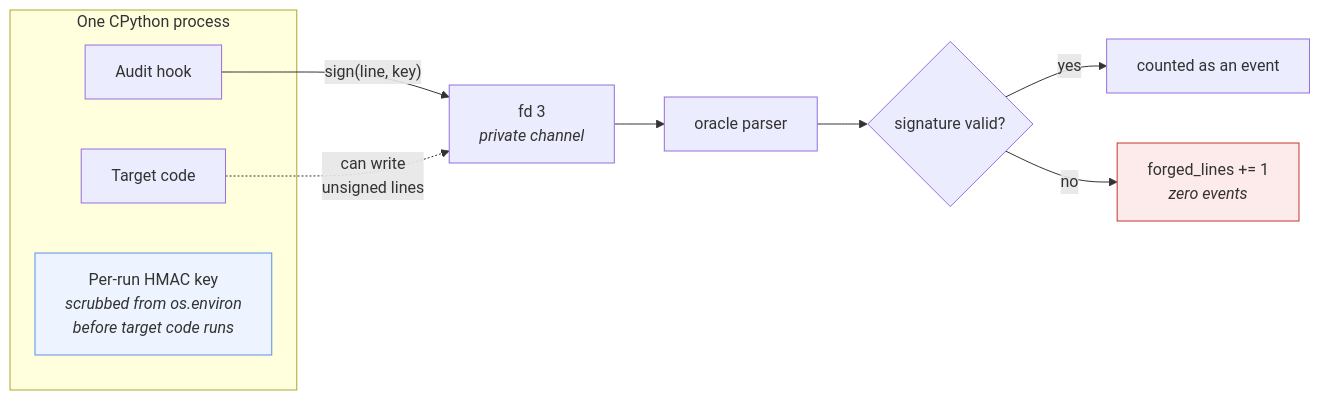
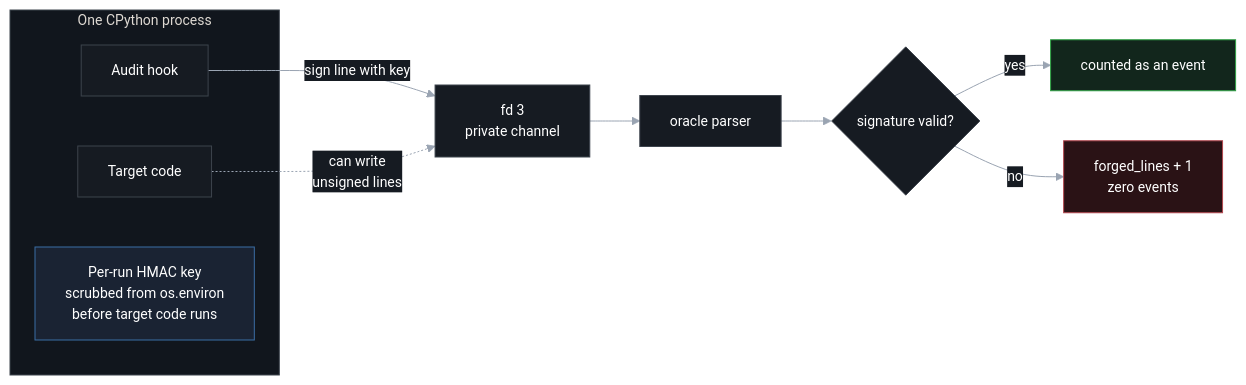
Before and after one commit to 0xsharz/pyhunt: diagram 13 of 16 in docs/ARCHITECTURE.md, drawn with Mermaid. The commit also changed other lines of this file and 1 other file, not shown here.

````diff
--- a/docs/ARCHITECTURE.md
+++ b/docs/ARCHITECTURE.md
@@ -393,18 +446,25 @@
 ```mermaid
+%%{init: {"theme":"base","themeVariables":{"background":"#0d1117","primaryColor":"#161b22","primaryTextColor":"#ffffff","primaryBorderColor":"#3d444d","lineColor":"#9aa4b2","secondaryColor":"#1c2128","tertiaryColor":"#21262d","mainBkg":"#161b22","textColor":"#ffffff","nodeTextColor":"#ffffff","edgeLabelBackground":"#161b22","clusterBkg":"#11161d","clusterBorder":"#3d444d","fontSize":"14px"}}}%%
 flowchart LR
     subgraph PROC["One CPython process"]
         TC["Target code"]
         AH["Audit hook"]
-        K["Per-run HMAC key<br/><i>scrubbed from os.environ<br/>before target code runs</i>"]
+        K["Per-run HMAC key<br/>scrubbed from os.environ<br/>before target code runs"]
     end
 
-    AH -->|"sign(line, key)"| FD3["fd 3<br/><i>private channel</i>"]
+    AH -->|"sign line with key"| FD3["fd 3<br/>private channel"]
     TC -.->|"can write<br/>unsigned lines"| FD3
     FD3 --> P["oracle parser"]
     P --> V{"signature valid?"}
     V -->|yes| EV["counted as an event"]
-    V -->|no| FL["forged_lines += 1<br/><i>zero events</i>"]
+    V -->|no| FL["forged_lines + 1<br/>zero events"]
 
-    style FL fill:#fdeaea,stroke:#c0392b
-    style K fill:#eef4ff,stroke:#5b8def
+    classDef base fill:#161b22,stroke:#3d444d,color:#ffffff
+    classDef key fill:#1a2333,stroke:#3b6ea5,color:#ffffff
+    classDef bad fill:#2a1215,stroke:#b3474f,color:#ffffff
+    classDef good fill:#12261c,stroke:#2ea043,color:#ffffff
+    class TC,AH,FD3,P,V base
+    class K key
+    class FL bad
+    class EV good
 ```
````
